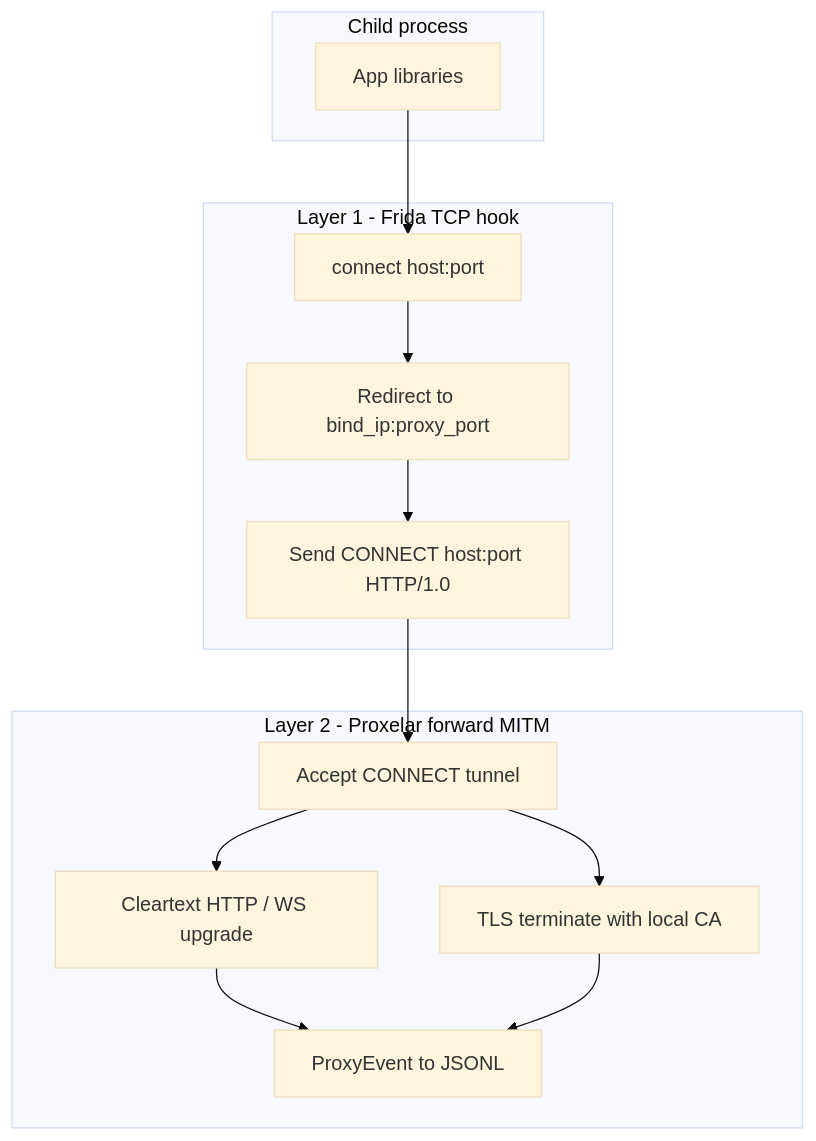
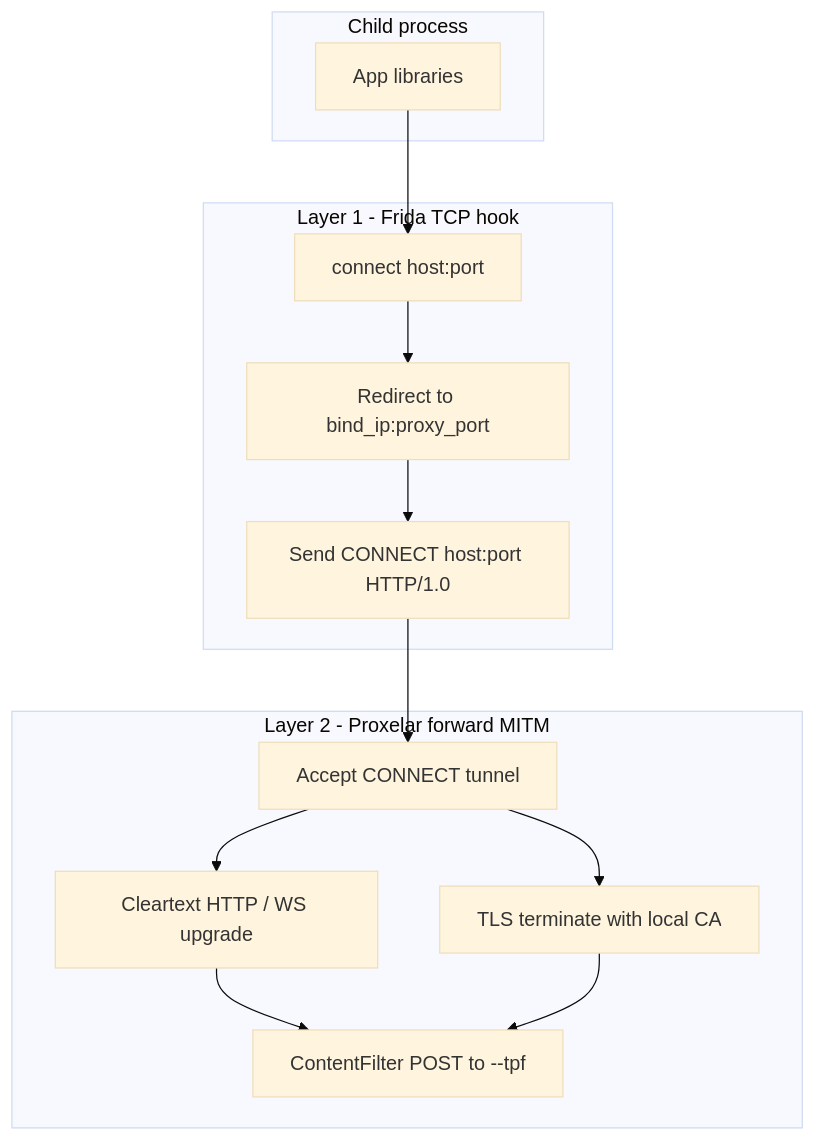
The diagram in AGENTS.md (Sparse-Dynamix/guardian), drawn with Mermaid (base theme) before and after one commit. The commit also changed other lines of this file and 37 other files, not shown here.

````diff
--- a/AGENTS.md
+++ b/AGENTS.md
@@ -20,20 +22,20 @@
 ```mermaid
 flowchart TB
     subgraph child [Child process]
         App[App libraries]
     end
     subgraph layer1 [Layer 1 - Frida TCP hook]
         Connect[connect host:port]
         Redirect[Redirect to bind_ip:proxy_port]
         SyntheticCONNECT["Send CONNECT host:port HTTP/1.0"]
     end
     subgraph layer2 [Layer 2 - Proxelar forward MITM]
         Forward[Accept CONNECT tunnel]
         Cleartext[Cleartext HTTP / WS upgrade]
         TLS[TLS terminate with local CA]
-        Events[ProxyEvent to JSONL]
+        Filter[ContentFilter POST to --tpf]
     end
     App --> Connect --> Redirect --> SyntheticCONNECT --> Forward
-    Forward --> Cleartext --> Events
-    Forward --> TLS --> Events
+    Forward --> Cleartext --> Filter
+    Forward --> TLS --> Filter
 ```
````
